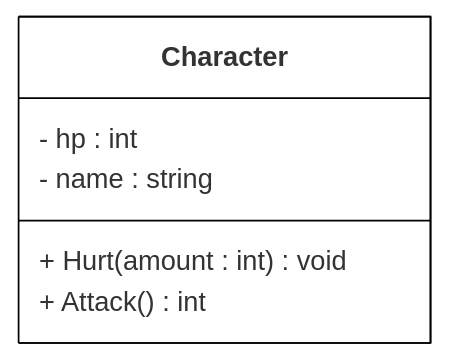
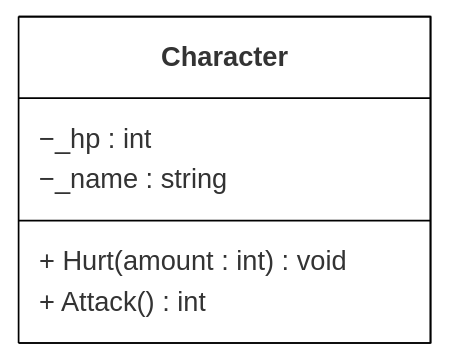
Before and after one commit to krank/csharp-ref: the first of 2 diagrams in klasser-och-objektorientering/klassdiagram.md, drawn with Mermaid. The commit also changed other lines of this file and 5 other files, not shown here.

````diff
--- a/klasser-och-objektorientering/klassdiagram.md
+++ b/klasser-och-objektorientering/klassdiagram.md
@@ -21,14 +21,14 @@
 ```mermaid
 %%{init: {'theme': 'base', 'themeVariables': 
 { 'primaryBorderColor': 'black', 
 'primaryColor': 'white'
 }}}%%
 
 classDiagram
   class Character{
-        - hp : int
-        - name : string 
+        −_hp : int
+        −_name : string 
         + Hurt(amount : int) void
         + Attack() int
   }
 ```
````
